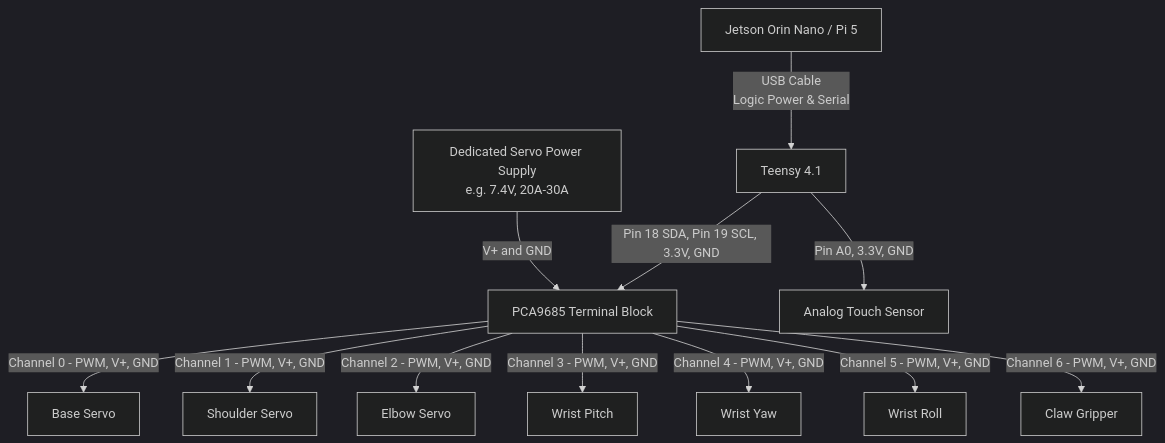
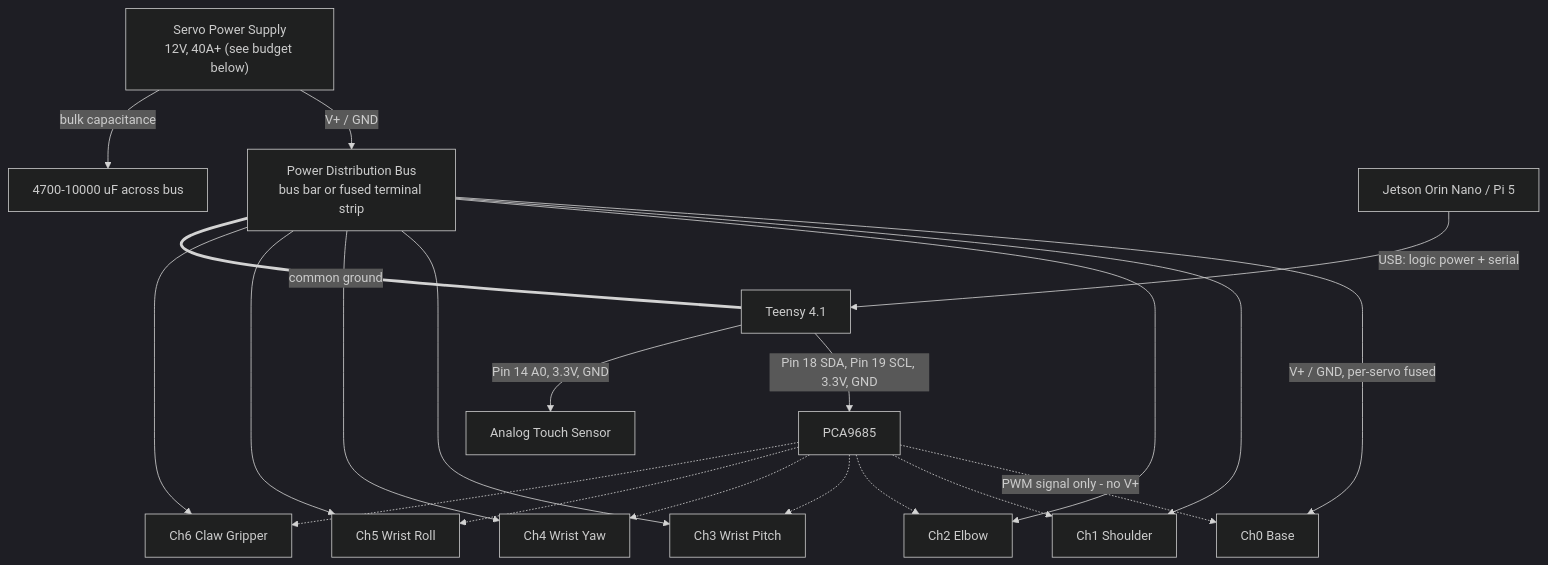
One commit to humanoidr6/vjepa_robotic_arm_build changed the diagram in wiring_diagram.md. Above: the diagram before and after it, drawn with Mermaid (dark theme). The commit also changed other lines of this file and 16 other files, not shown here.

````diff
--- a/wiring_diagram.md
+++ b/wiring_diagram.md
@@ -7,23 +36,27 @@
 ```mermaid
 graph TD
-    %% Power Sources
-    PSU[Dedicated Servo Power Supply<br/>e.g. 7.4V, 20A-30A] -->|V+ and GND| PCA[PCA9685 Terminal Block]
-    
-    %% Compute & Logic Power
-    JET[Jetson Orin Nano / Pi 5] -->|USB Cable<br/>Logic Power & Serial| TEENSY[Teensy 4.1]
-    
-    %% Teensy to I2C Driver
-    TEENSY -->|Pin 18 SDA, Pin 19 SCL, 3.3V, GND| PCA
-    
-    %% Teensy to Touch Sensor
-    TEENSY -->|Pin A0, 3.3V, GND| TOUCH[Analog Touch Sensor]
-    
-    %% PCA to Servos
-    PCA -->|Channel 0 - PWM, V+, GND| S0[Base Servo]
-    PCA -->|Channel 1 - PWM, V+, GND| S1[Shoulder Servo]
-    PCA -->|Channel 2 - PWM, V+, GND| S2[Elbow Servo]
-    PCA -->|Channel 3 - PWM, V+, GND| S3[Wrist Pitch]
-    PCA -->|Channel 4 - PWM, V+, GND| S4[Wrist Yaw]
-    PCA -->|Channel 5 - PWM, V+, GND| S5[Wrist Roll]
-    PCA -->|Channel 6 - PWM, V+, GND| S6[Claw Gripper]
+    PSU["Servo Power Supply<br/>12V, 40A+ (see budget below)"] -->|V+ / GND| BUS["Power Distribution Bus<br/>bus bar or fused terminal strip"]
+    PSU -->|bulk capacitance| CAP["4700-10000 uF across bus"]
+
+    BUS -->|"V+ / GND, per-servo fused"| S0[Ch0 Base]
+    BUS --> S1[Ch1 Shoulder]
+    BUS --> S2[Ch2 Elbow]
+    BUS --> S3[Ch3 Wrist Pitch]
+    BUS --> S4[Ch4 Wrist Yaw]
+    BUS --> S5[Ch5 Wrist Roll]
+    BUS --> S6[Ch6 Claw Gripper]
+
+    JET[Jetson Orin Nano / Pi 5] -->|USB: logic power + serial| TEENSY[Teensy 4.1]
+    TEENSY -->|Pin 18 SDA, Pin 19 SCL, 3.3V, GND| PCA[PCA9685]
+    TEENSY -->|Pin 14 A0, 3.3V, GND| TOUCH[Analog Touch Sensor]
+
+    PCA -.->|"PWM signal only - no V+"| S0
+    PCA -.-> S1
+    PCA -.-> S2
+    PCA -.-> S3
+    PCA -.-> S4
+    PCA -.-> S5
+    PCA -.-> S6
+
+    BUS ===|common ground| TEENSY
 ```
````
